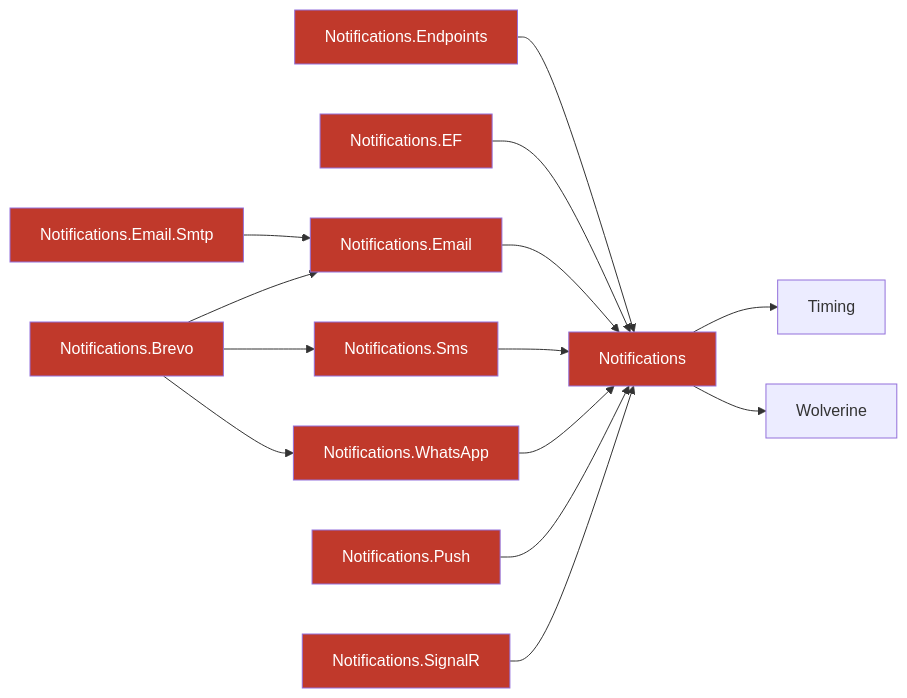
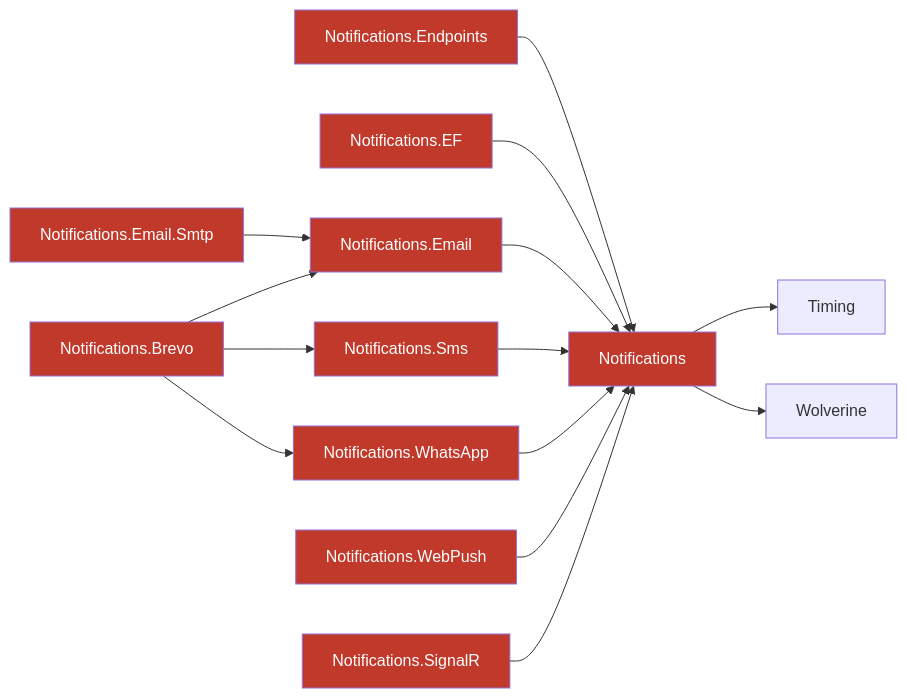
Before and after one commit to enraiz/granit-dotnet: the third of 8 diagrams in docs/framework/dependencies.md, drawn with Mermaid. The commit also changed 21 other files, not shown here.

First line of the commit message:
refactor(notifications): renommer Granit.Notifications.Push en Granit.Notifications.WebPush

````diff
--- a/docs/framework/dependencies.md
+++ b/docs/framework/dependencies.md
@@ -182,31 +182,31 @@
 ```mermaid
 flowchart LR
     NOTIF["Notifications"] --> TIMING["Timing"]
     NOTIF --> WOL["Wolverine"]
 
     NOTIF_EP["Notifications.Endpoints"] --> NOTIF
     NOTIF_EF["Notifications.EF"] --> NOTIF
 
     NOTIF_EMAIL["Notifications.Email"] --> NOTIF
     NOTIF_SMTP["Notifications.Email.Smtp"] --> NOTIF_EMAIL
 
     NOTIF_SMS["Notifications.Sms"] --> NOTIF
     NOTIF_WA["Notifications.WhatsApp"] --> NOTIF
-    NOTIF_PUSH["Notifications.Push"] --> NOTIF
+    NOTIF_PUSH["Notifications.WebPush"] --> NOTIF
     NOTIF_SR["Notifications.SignalR"] --> NOTIF
 
     NOTIF_BREVO["Notifications.Brevo"] --> NOTIF_EMAIL
     NOTIF_BREVO --> NOTIF_SMS
     NOTIF_BREVO --> NOTIF_WA
 
     style NOTIF fill:#c0392b,color:#fff
     style NOTIF_EP fill:#c0392b,color:#fff
     style NOTIF_EF fill:#c0392b,color:#fff
     style NOTIF_EMAIL fill:#c0392b,color:#fff
     style NOTIF_SMTP fill:#c0392b,color:#fff
     style NOTIF_SMS fill:#c0392b,color:#fff
     style NOTIF_WA fill:#c0392b,color:#fff
     style NOTIF_PUSH fill:#c0392b,color:#fff
     style NOTIF_SR fill:#c0392b,color:#fff
     style NOTIF_BREVO fill:#c0392b,color:#fff
 ```
````
